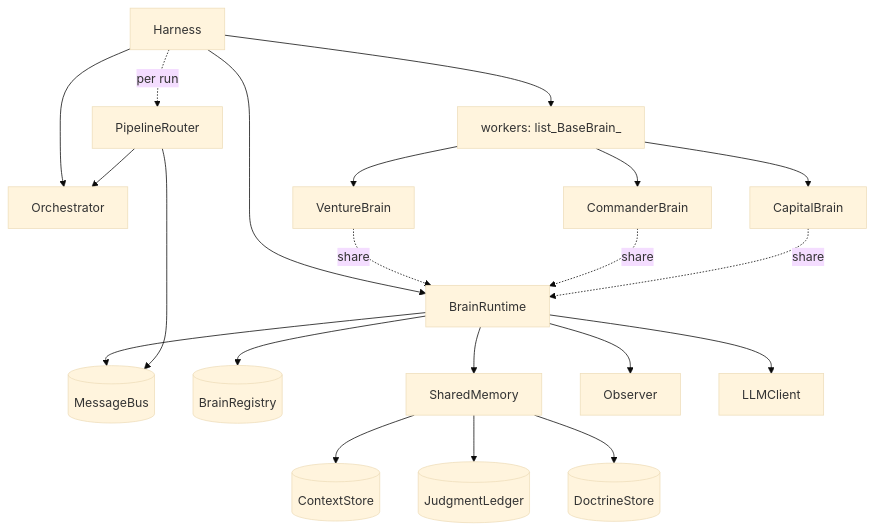
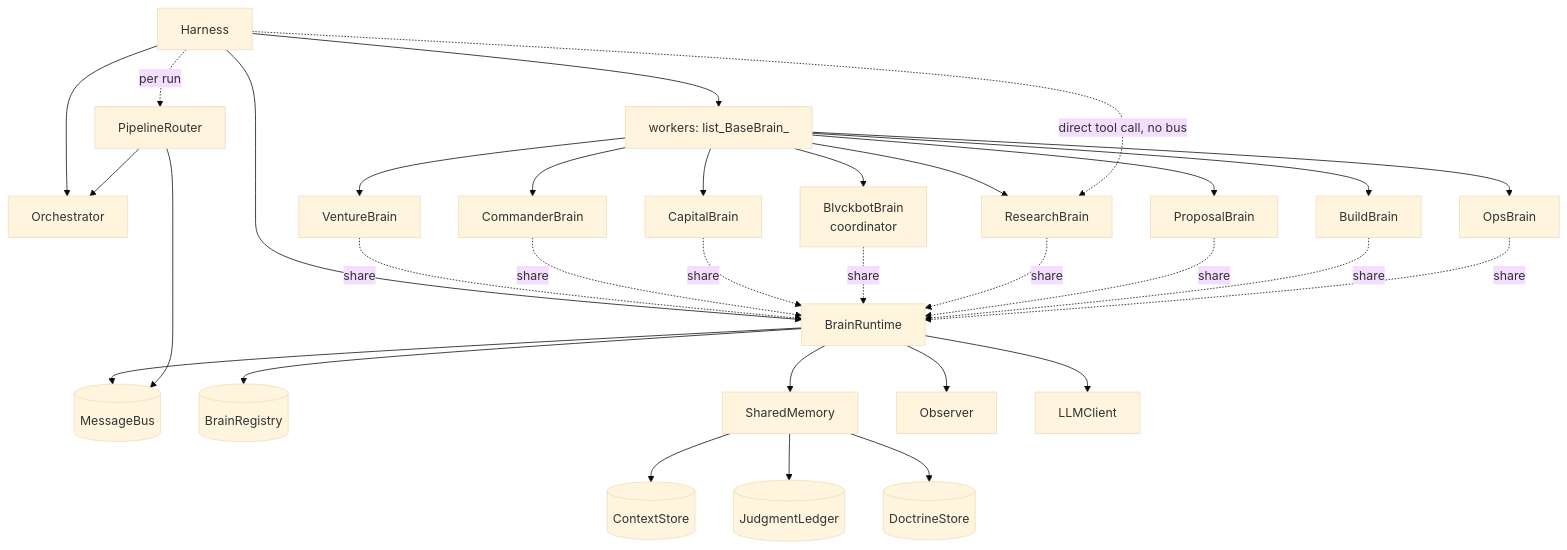
One commit to cconnickcc-blvckshell/BlvckshellOS changed the second of 5 diagrams in docs/system_graph.md. Above: the diagram before and after it, drawn with Mermaid (base theme). The commit also changed other lines of this file and 7 other files, not shown here.

````diff
--- a/docs/system_graph.md
+++ b/docs/system_graph.md
@@ -77,22 +90,28 @@
 ```mermaid
 graph TB
     H[Harness]
     H --> RT[BrainRuntime]
     H --> ORCH[Orchestrator]
     H --> WK[workers: list_BaseBrain_]
     RT --> BUS[(MessageBus)]
     RT --> REG[(BrainRegistry)]
     RT --> MEM[SharedMemory]
     RT --> OBS[Observer]
     RT --> LLM[LLMClient]
     MEM --> CTX[(ContextStore)]
     MEM --> LED[(JudgmentLedger)]
     MEM --> DOC[(DoctrineStore)]
     WK --> B1[VentureBrain]
     WK --> B2[CommanderBrain]
     WK --> B3[CapitalBrain]
-    B1 & B2 & B3 -.share.-> RT
+    WK --> B4[BlvckbotBrain\ncoordinator]
+    WK --> B5[ResearchBrain]
+    WK --> B6[ProposalBrain]
+    WK --> B7[BuildBrain]
+    WK --> B8[OpsBrain]
+    B1 & B2 & B3 & B4 & B5 & B6 & B7 & B8 -.share.-> RT
     H -.per run.-> ROUTER[PipelineRouter]
     ROUTER --> ORCH
     ROUTER --> BUS
+    H -.direct tool call, no bus.-> B5
 ```
````
